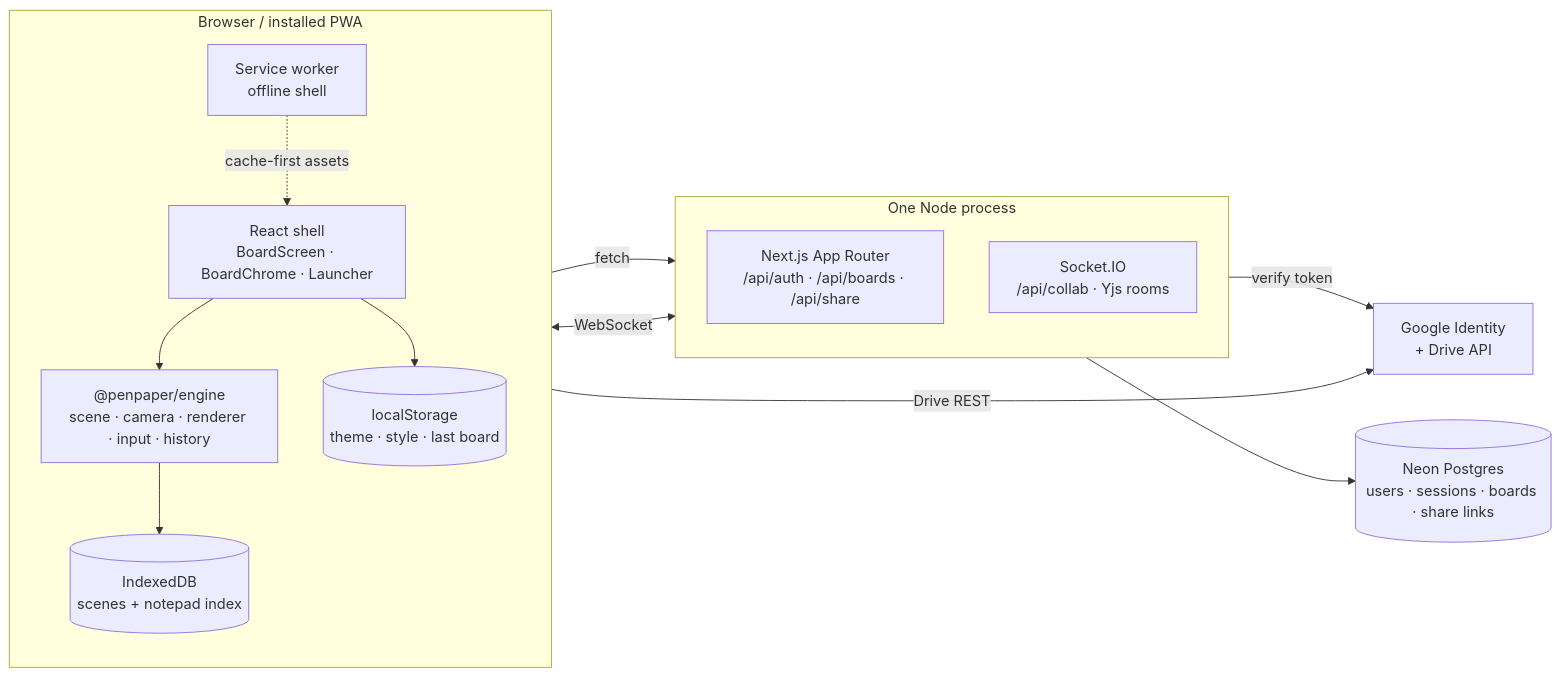
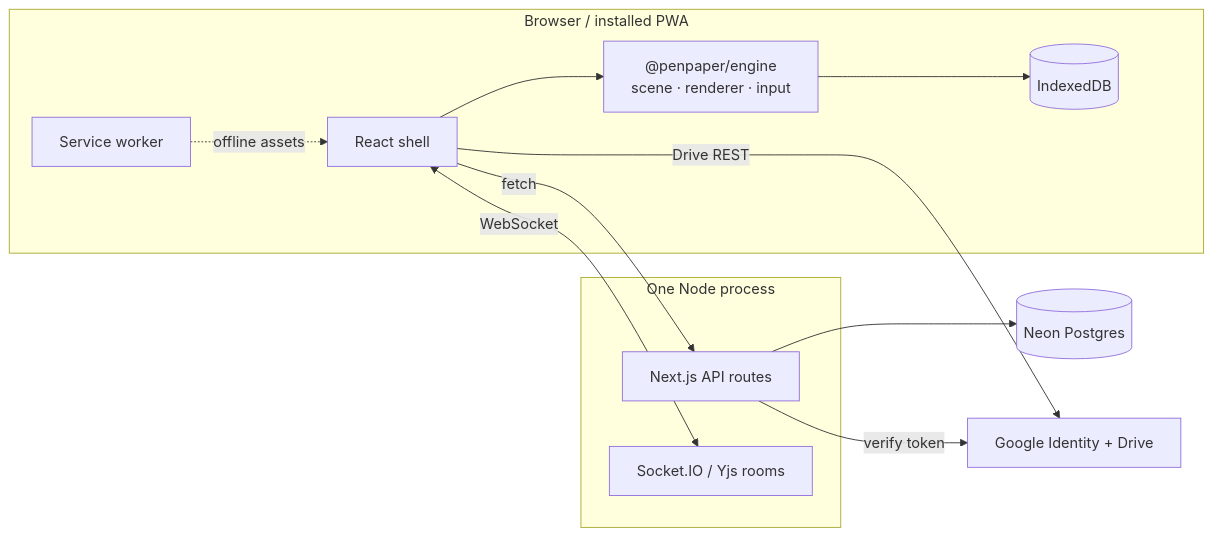
One commit to RishabhDotIn/PenPaper changed the diagram in README.md. Above: the diagram before and after it, drawn with Mermaid. The commit also changed other lines of this file, not shown here.

````diff
--- a/README.md
+++ b/README.md
@@ -169,30 +64,24 @@
 ```mermaid
 flowchart LR
   subgraph client["Browser / installed PWA"]
-    direction TB
-    UI["React shell<br/>BoardScreen · BoardChrome · Launcher"]
-    ENG["@penpaper/engine<br/>scene · camera · renderer · input · history"]
-    IDB[("IndexedDB<br/>scenes + notepad index")]
-    LS[("localStorage<br/>theme · style · last board")]
-    SW["Service worker<br/>offline shell"]
+    UI["React shell"]
+    ENG["@penpaper/engine<br/>scene · renderer · input"]
+    IDB[("IndexedDB")]
+    SW["Service worker"]
   end
-
   subgraph server["One Node process"]
-    direction TB
-    NEXT["Next.js App Router<br/>/api/auth · /api/boards · /api/share"]
-    SIO["Socket.IO<br/>/api/collab · Yjs rooms"]
+    NEXT["Next.js API routes"]
+    SIO["Socket.IO / Yjs rooms"]
   end
-
-  PG[("Neon Postgres<br/>users · sessions · boards · share links")]
-  G["Google Identity<br/>+ Drive API"]
+  PG[("Neon Postgres")]
+  G["Google Identity + Drive"]
 
   UI --> ENG
   ENG --> IDB
-  UI --> LS
   UI -->|"fetch"| NEXT
   UI <-->|"WebSocket"| SIO
+  UI -->|"Drive REST"| G
   NEXT --> PG
   NEXT -->|"verify token"| G
-  UI -->|"Drive REST"| G
-  SW -.->|"cache-first assets"| UI
+  SW -.->|"offline assets"| UI
 ```
````
